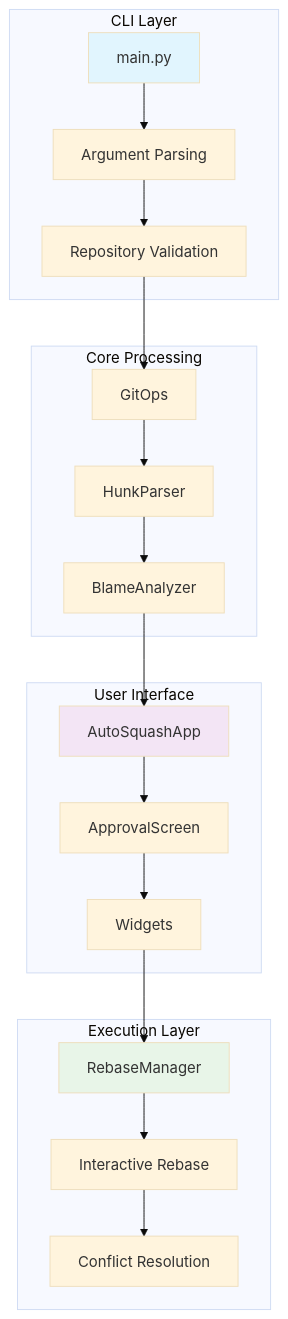
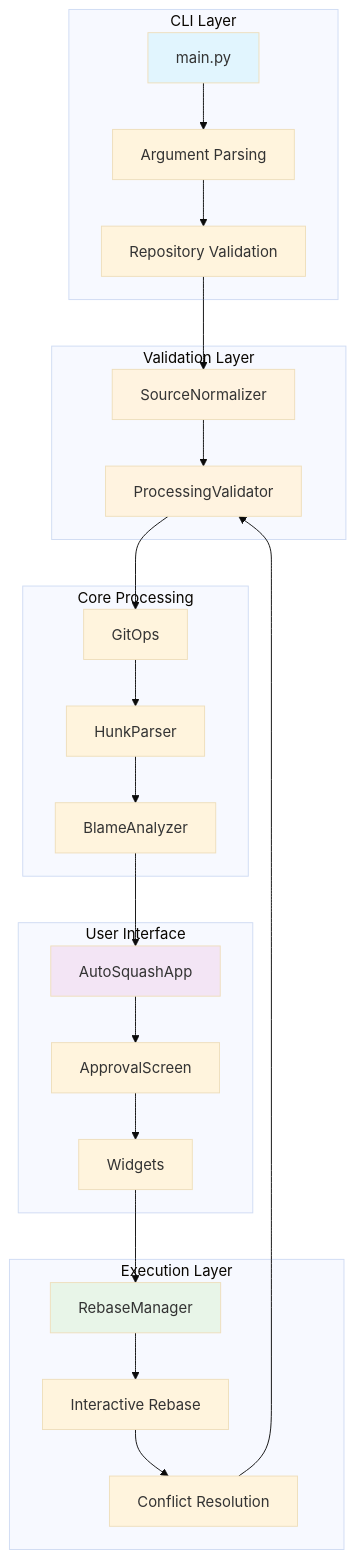
One commit to andrewleech/git-autosquash changed the first of 6 diagrams in docs/technical/architecture.md. Above: the diagram before and after it, drawn with Mermaid (base theme). The commit also changed other lines of this file and 5 other files, not shown here.

````diff
--- a/docs/technical/architecture.md
+++ b/docs/technical/architecture.md
@@ -7,29 +7,37 @@
 ```mermaid
 graph TB
     subgraph "CLI Layer"
         A[main.py] --> B[Argument Parsing]
         B --> C[Repository Validation]
     end
-    
+
+    subgraph "Validation Layer"
+        C --> D[SourceNormalizer]
+        D --> E[ProcessingValidator]
+    end
+
     subgraph "Core Processing"
-        C --> D[GitOps]
-        D --> E[HunkParser] 
-        E --> F[BlameAnalyzer]
+        E --> F[GitOps]
+        F --> G[HunkParser]
+        G --> H[BlameAnalyzer]
     end
-    
+
     subgraph "User Interface"
-        F --> G[AutoSquashApp]
-        G --> H[ApprovalScreen]
-        H --> I[Widgets]
+        H --> I[AutoSquashApp]
+        I --> J[ApprovalScreen]
+        J --> K[Widgets]
     end
-    
+
     subgraph "Execution Layer"
-        I --> J[RebaseManager]
-        J --> K[Interactive Rebase]
-        K --> L[Conflict Resolution]
+        K --> L[RebaseManager]
+        L --> M[Interactive Rebase]
+        M --> N[Conflict Resolution]
+        N --> E
     end
-    
+
     style A fill:#e1f5fe
-    style G fill:#f3e5f5
-    style J fill:#e8f5e8
+    style D fill:#fff3e0
+    style E fill:#fff3e0
+    style I fill:#f3e5f5
+    style L fill:#e8f5e8
 ```
````
